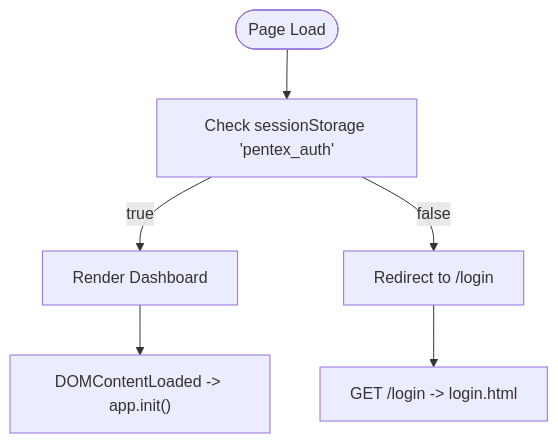
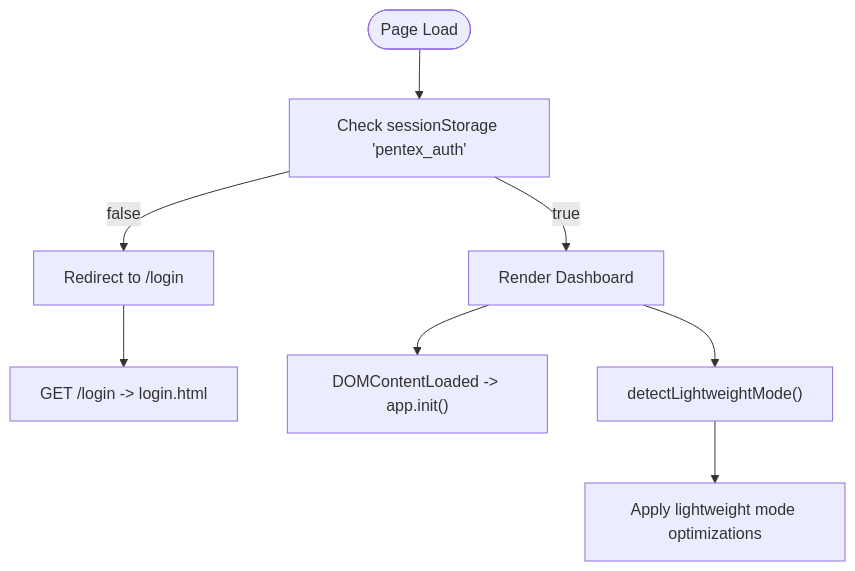
One commit to MohandWaleed3/PentexOne changed the third of 16 diagrams in .qoder/repowiki/en/content/System Architecture/Frontend Architecture.md. Above: the diagram before and after it, drawn with Mermaid. The commit also changed other lines of this file and 17 other files, not shown here.

````diff
--- a/.qoder/repowiki/en/content/System Architecture/Frontend Architecture.md
+++ b/.qoder/repowiki/en/content/System Architecture/Frontend Architecture.md
@@ -153,8 +173,10 @@
 ```mermaid
 flowchart TD
 Start(["Page Load"]) --> CheckAuth["Check sessionStorage 'pentex_auth'"]
 CheckAuth --> |true| RenderDashboard["Render Dashboard"]
 CheckAuth --> |false| RedirectLogin["Redirect to /login"]
 RedirectLogin --> LoginRoute["GET /login -> login.html"]
 RenderDashboard --> InitApp["DOMContentLoaded -> app.init()"]
+RenderDashboard --> DetectLightweight["detectLightweightMode()"]
+DetectLightweight --> ApplyOptimizations["Apply lightweight mode optimizations"]
 ```
````
